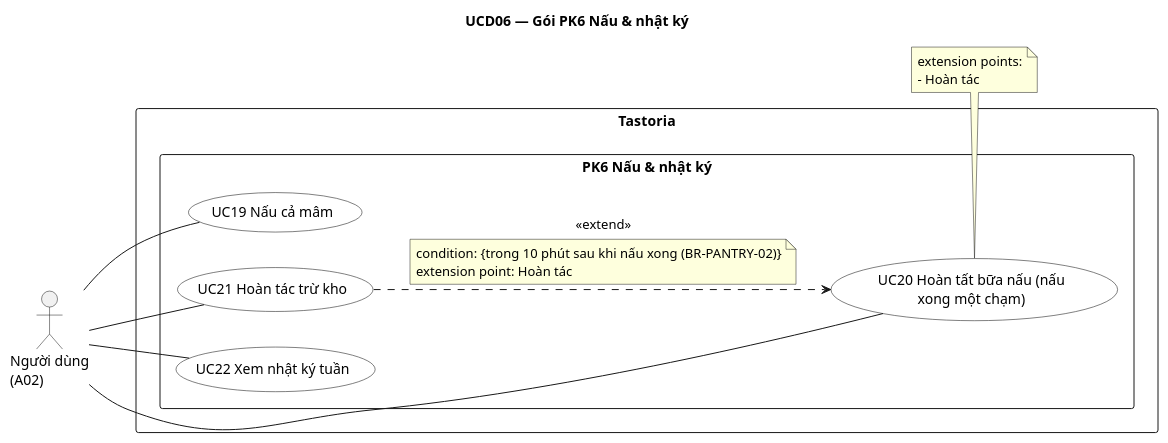
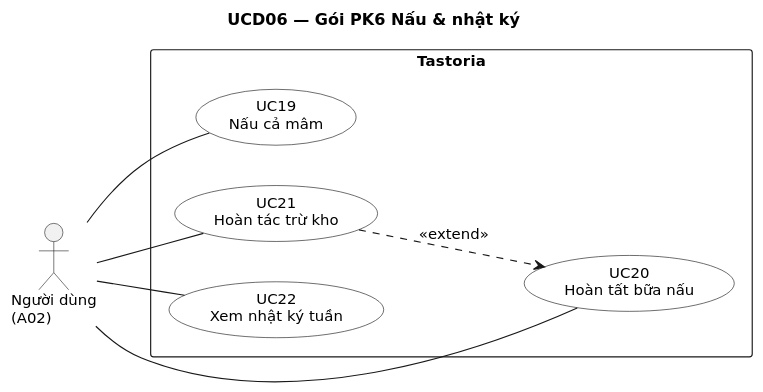
One commit to NamBuw/Tastoria changed the diagram in docs/uml/usecase/UCD06-nau-nhat-ky.puml. Above: the diagram before and after it, drawn with PlantUML. The commit also changed 484 other files, not shown here.

First line of the commit message:
docs: split UML and ERD diagrams into one-topic views from a single model

```diff
--- a/docs/uml/usecase/UCD06-nau-nhat-ky.puml
+++ b/docs/uml/usecase/UCD06-nau-nhat-ky.puml
@@ -1,38 +1,30 @@
 @startuml
 title UCD06 — Gói PK6 Nấu & nhật ký
-' Sinh từ docs/sad/model.yaml (actors, use_cases, rels). Không sửa tay mã định danh.
+' Sinh từ docs/sad/tools/diagrams/model.py — sửa ở đó rồi chạy gen_puml.py, không sửa tay.
+skinparam shadowing false
+skinparam defaultFontName DejaVu Sans
+skinparam defaultFontSize 13
+skinparam dpi 110
+
 left to right direction
 skinparam packageStyle rectangle
 skinparam actorStyle stick
 skinparam usecase {
   BackgroundColor White
   BorderColor Black
 }
 
 actor "Người dùng\n(A02)" as A02
-
 rectangle "Tastoria" {
-  package "PK6 Nấu & nhật ký" as PK6 {
-    usecase "UC19 Nấu cả mâm" as UC19
-    usecase "UC20 Hoàn tất bữa nấu (nấu\nxong một chạm)" as UC20
-    usecase "UC21 Hoàn tác trừ kho" as UC21
-    usecase "UC22 Xem nhật ký tuần" as UC22
-  }
+  usecase "UC19\nNấu cả mâm" as UC19
+  usecase "UC20\nHoàn tất bữa nấu" as UC20
+  usecase "UC21\nHoàn tác trừ kho" as UC21
+  usecase "UC22\nXem nhật ký tuần" as UC22
 }
 
 A02 -- UC19
 A02 -- UC20
 A02 -- UC21
 A02 -- UC22
-
 UC21 ..> UC20 : <<extend>>
-note on link
-  condition: {trong 10 phút sau khi nấu xong (BR-PANTRY-02)}
-  extension point: Hoàn tác
-end note
-' Điểm mở rộng ghi bằng note để plugin PlantUML-VP nhập được; tạo lại ExtensionPoint trong VP theo note.
-note bottom of UC20
-  extension points:
-  - Hoàn tác
-end note
 @enduml
```
